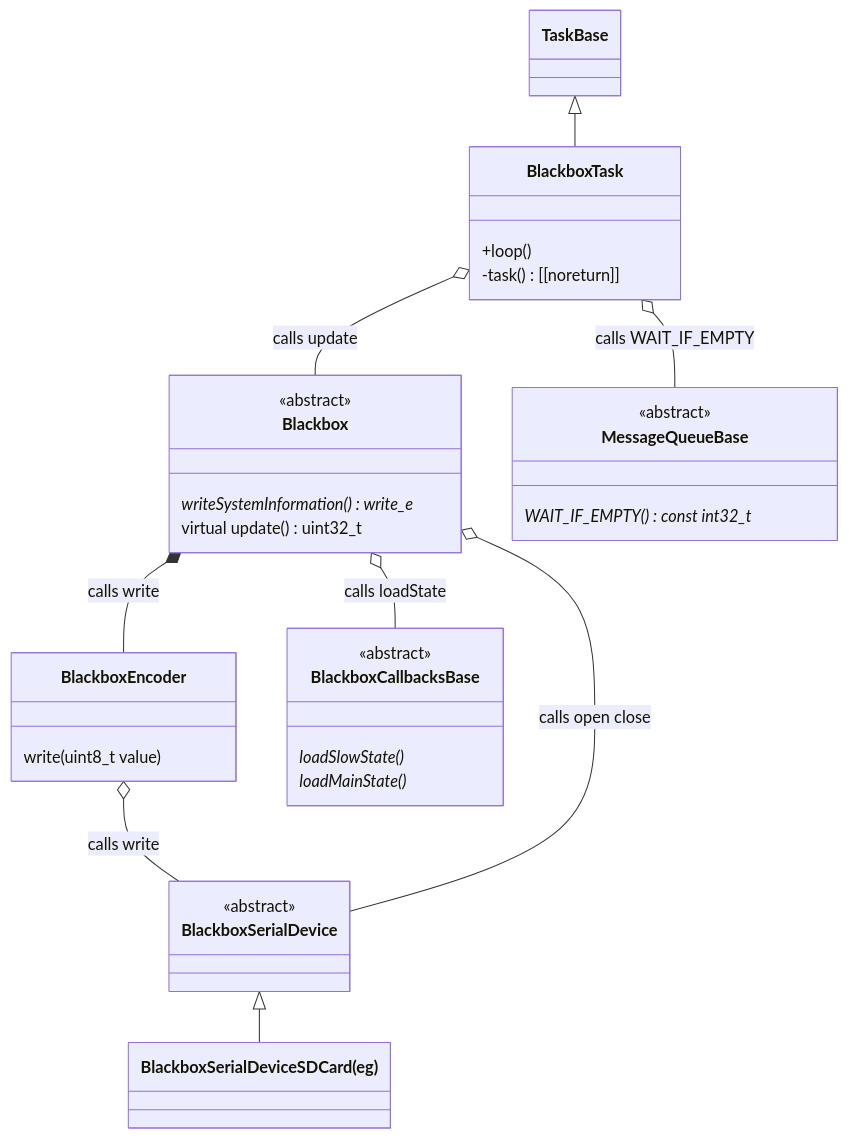
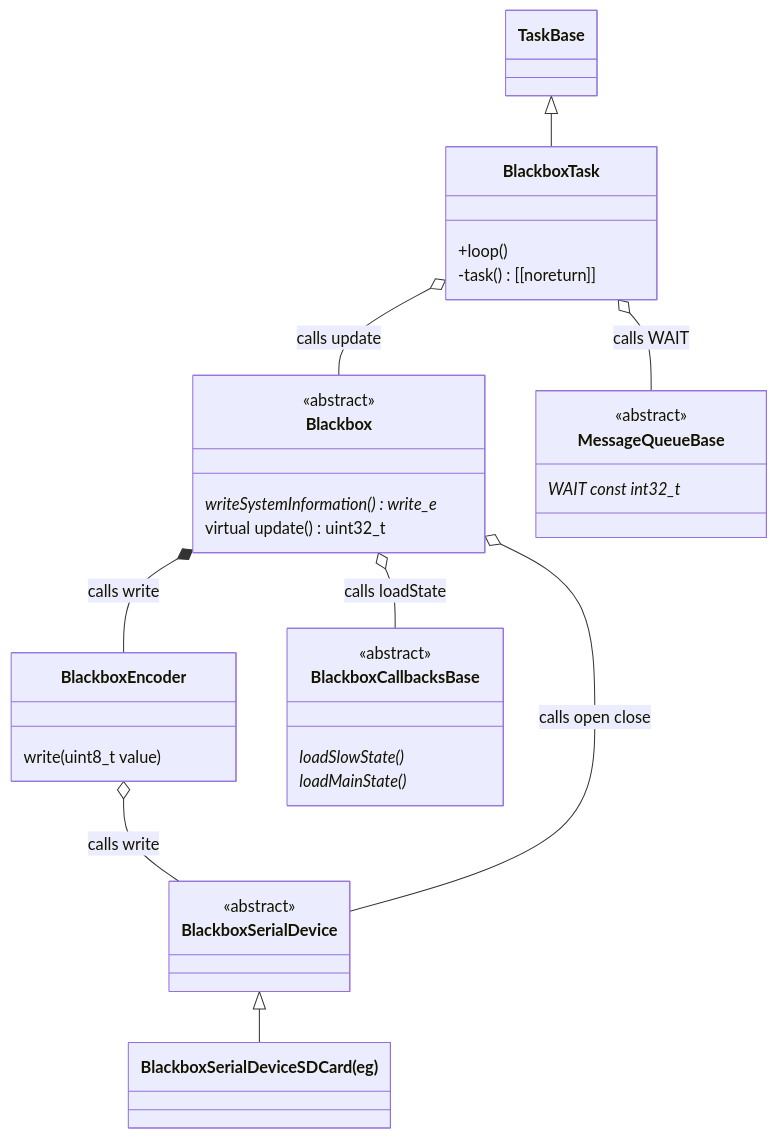
One commit to martinbudden/Library-Blackbox changed the diagram in README.md. Above: the diagram before and after it, drawn with Mermaid. The commit also changed 3 other files, not shown here.

Commit message:
Updated to use WAIT rather than WAIT_IF_EMPTY.

````diff
--- a/README.md
+++ b/README.md
@@ -47,39 +47,39 @@
 ```mermaid
 classDiagram
     class BlackboxEncoder {
         write(uint8_t value)
     }
     class Blackbox {
         <<abstract>>
         writeSystemInformation() write_e *
         virtual update() uint32_t
     }
     class BlackboxCallbacksBase {
         <<abstract>>
         loadSlowState() *
         loadMainState() *
     }
     class MessageQueueBase {
         <<abstract>>
-        WAIT_IF_EMPTY() const int32_t *
+        WAIT const int32_t *
     }
     class BlackboxSerialDevice {
         <<abstract>>
     }
     class BlackboxSerialDeviceSDCard["BlackboxSerialDeviceSDCard(eg)"]
 
     Blackbox o-- BlackboxCallbacksBase : calls loadState
     Blackbox *-- BlackboxEncoder : calls write
     BlackboxEncoder o-- BlackboxSerialDevice : calls write
     Blackbox o-- BlackboxSerialDevice : calls open close
     %%BlackboxSerialDevice --o BlackboxEncoder : calls write
     BlackboxSerialDevice <|-- BlackboxSerialDeviceSDCard
 
     TaskBase <|-- BlackboxTask
     class BlackboxTask {
         +loop()
         -task() [[noreturn]]
     }
-    BlackboxTask o-- MessageQueueBase : calls WAIT_IF_EMPTY
+    BlackboxTask o-- MessageQueueBase : calls WAIT
     BlackboxTask o-- Blackbox : calls update
 ```
````
